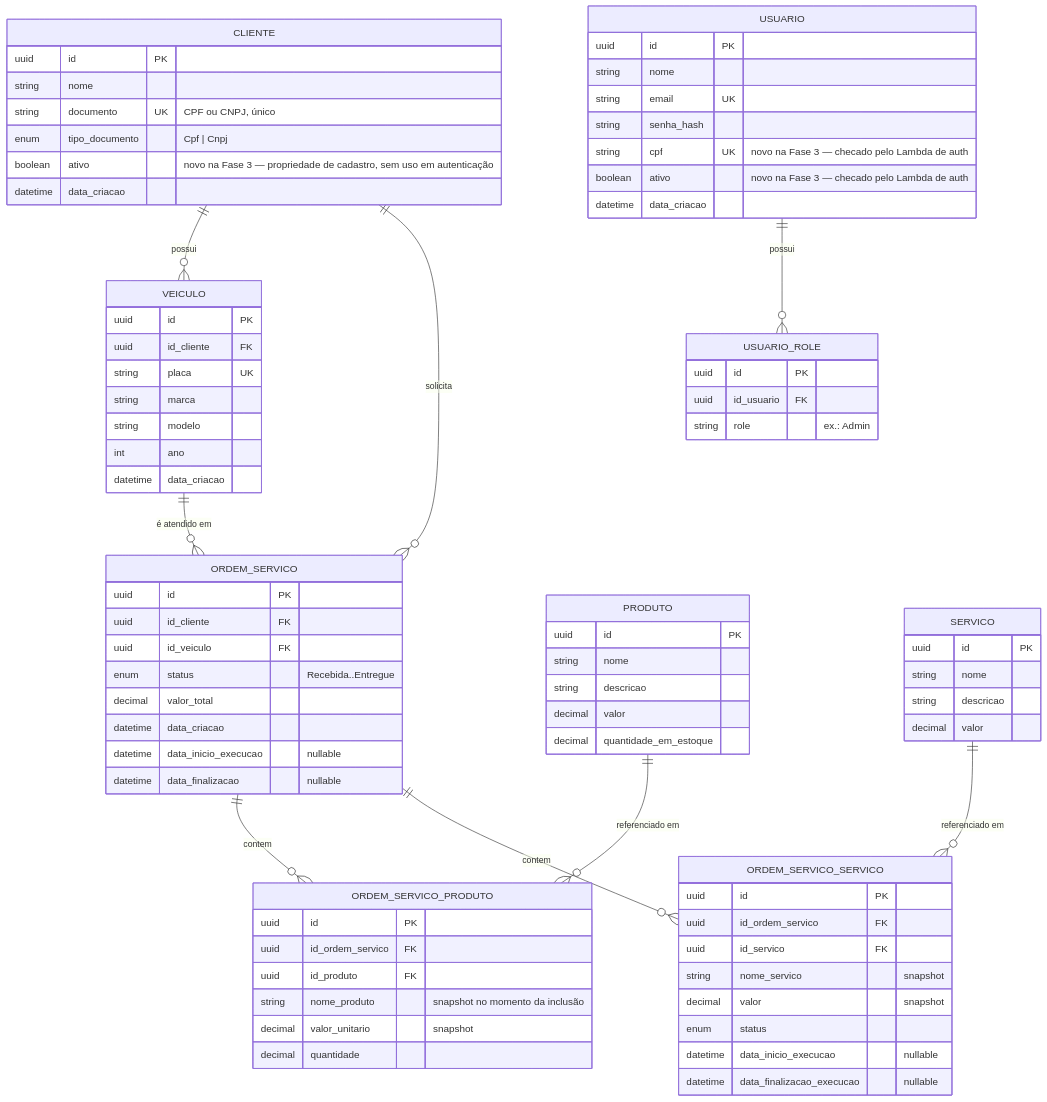
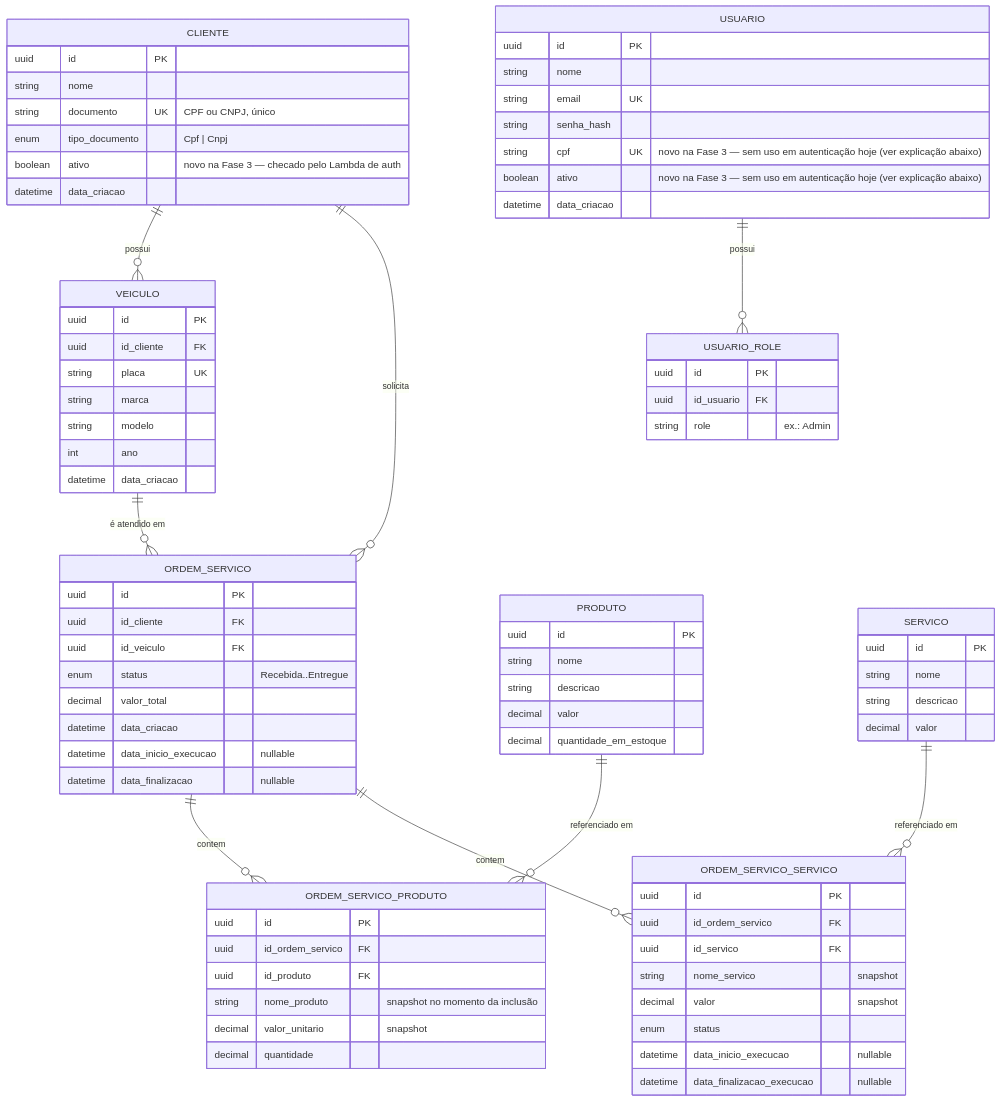
The diagram in docs/der.md (monnclaro/soat-tech-challenge), drawn with Mermaid before and after one commit. The commit also changed other lines of this file and 15 other files, not shown here.

```diff
--- a/docs/der.md
+++ b/docs/der.md
@@ -18,7 +18,7 @@
         string nome
         string documento UK "CPF ou CNPJ, único"
         enum tipo_documento "Cpf | Cnpj"
-        boolean ativo "novo na Fase 3 — propriedade de cadastro, sem uso em autenticação"
+        boolean ativo "novo na Fase 3 — checado pelo Lambda de auth"
         datetime data_criacao
     }
 
@@ -37,8 +37,8 @@
         string nome
         string email UK
         string senha_hash
-        string cpf UK "novo na Fase 3 — checado pelo Lambda de auth"
-        boolean ativo "novo na Fase 3 — checado pelo Lambda de auth"
+        string cpf UK "novo na Fase 3 — sem uso em autenticação hoje (ver explicação abaixo)"
+        boolean ativo "novo na Fase 3 — sem uso em autenticação hoje (ver explicação abaixo)"
         datetime data_criacao
     }
 
```
